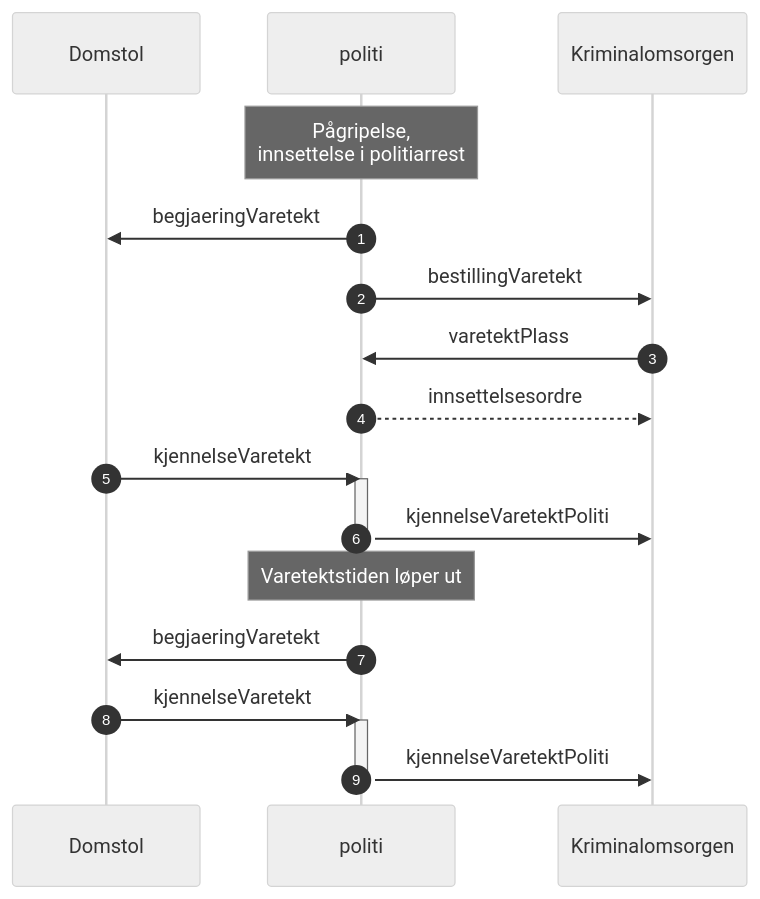
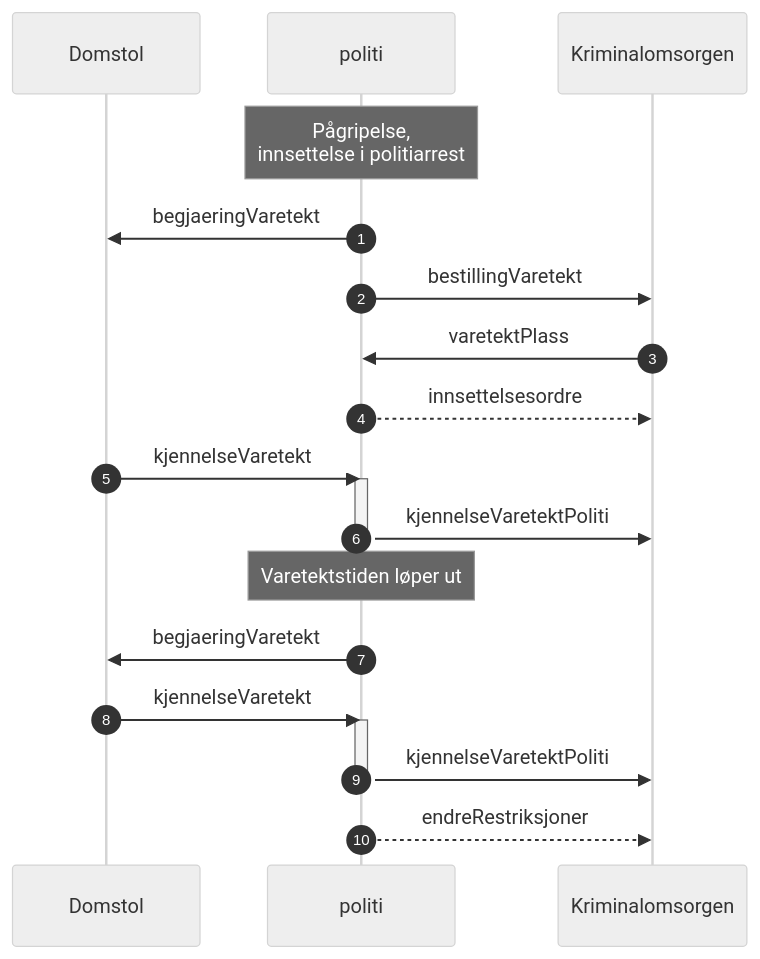
The diagram in kontrakter/politi/kjennelseVaretektPoliti/readme.md (domstolene/ESAS), drawn with Mermaid (neutral theme) before and after one commit. The commit also changed other lines of this file, not shown here.

````diff
--- a/kontrakter/politi/kjennelseVaretektPoliti/readme.md
+++ b/kontrakter/politi/kjennelseVaretektPoliti/readme.md
@@ -24,22 +30,23 @@
 ```mermaid
 sequenceDiagram
   autonumber
   participant da as Domstol
   Participant pd as politi
   Participant kdi as Kriminalomsorgen
   Note over pd: Pågripelse, <br/>innsettelse i politiarrest
   pd->>da: begjaeringVaretekt
   pd->>kdi:bestillingVaretekt
   kdi->>pd:varetektPlass
   pd-->>kdi:innsettelsesordre
   da->>pd:kjennelseVaretekt
   activate pd
   pd->>kdi:kjennelseVaretektPoliti
   deactivate pd
   note over pd: Varetektstiden løper ut
   pd->>da: begjaeringVaretekt
   da->>pd:kjennelseVaretekt
   activate pd
   pd->>kdi:kjennelseVaretektPoliti
   deactivate pd
+  pd-->>kdi:endreRestriksjoner
 ```
````
